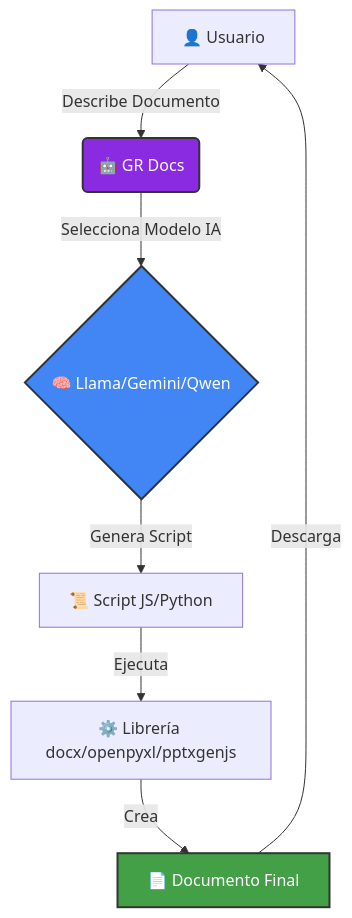
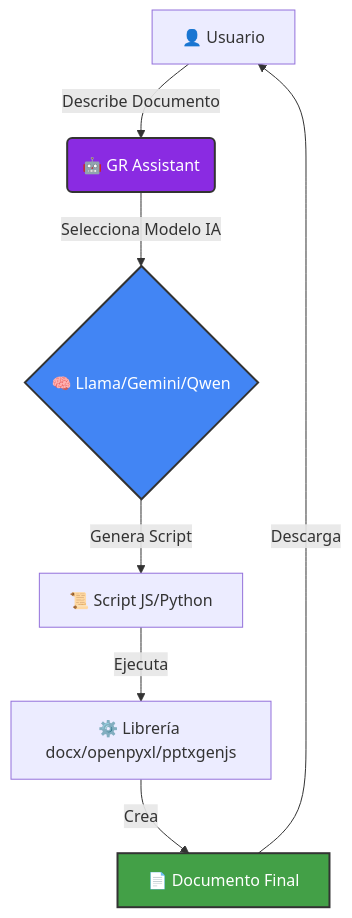
One commit to JoseEduardoGR/GR-Assistant changed the diagram in README.md. Above: the diagram before and after it, drawn with Mermaid. The commit also changed other lines of this file, not shown here.

Commit message:
Docs: Rename project to GR Assistant and update descriptions

````diff
--- a/README.md
+++ b/README.md
@@ -57,13 +57,13 @@
 ```mermaid
 graph TD
-    A[👤 Usuario] -->|Describe Documento| B(🤖 GR Docs)
+    A[👤 Usuario] -->|Describe Documento| B(🤖 GR Assistant)
     B -->|Selecciona Modelo IA| C{🧠 Llama/Gemini/Qwen}
     C -->|Genera Script| D[📜 Script JS/Python]
     D -->|Ejecuta| E[⚙️ Librería docx/openpyxl/pptxgenjs]
     E -->|Crea| F[📄 Documento Final]
     F -->|Descarga| A
     
     style B fill:#8A2BE2,stroke:#333,stroke-width:2px,color:#fff
     style C fill:#4285F4,stroke:#333,stroke-width:2px,color:#fff
     style F fill:#43A047,stroke:#333,stroke-width:2px,color:#fff
 ```
````
